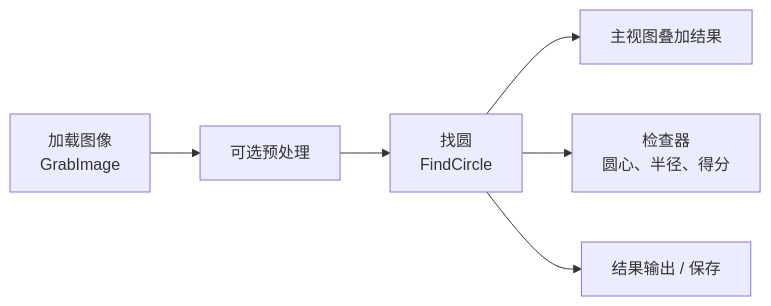
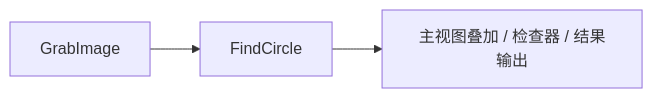
The diagram in README.md (Bitfultea/DeepLux), drawn with Mermaid before and after one commit. The commit also changed other lines of this file and 127 other files, not shown here.

````diff
--- a/README.md
+++ b/README.md
@@ -98,8 +92,5 @@
 ```mermaid
 flowchart LR
-    A[加载图像<br/>GrabImage] --> B[可选预处理]
-    B --> C[找圆<br/>FindCircle]
-    C --> D[主视图叠加结果]
-    C --> E[检查器<br/>圆心、半径、得分]
-    C --> F[结果输出 / 保存]
+    GrabImage --> FindCircle
+    FindCircle --> Result[主视图叠加 / 检查器 / 结果输出]
 ```
````
